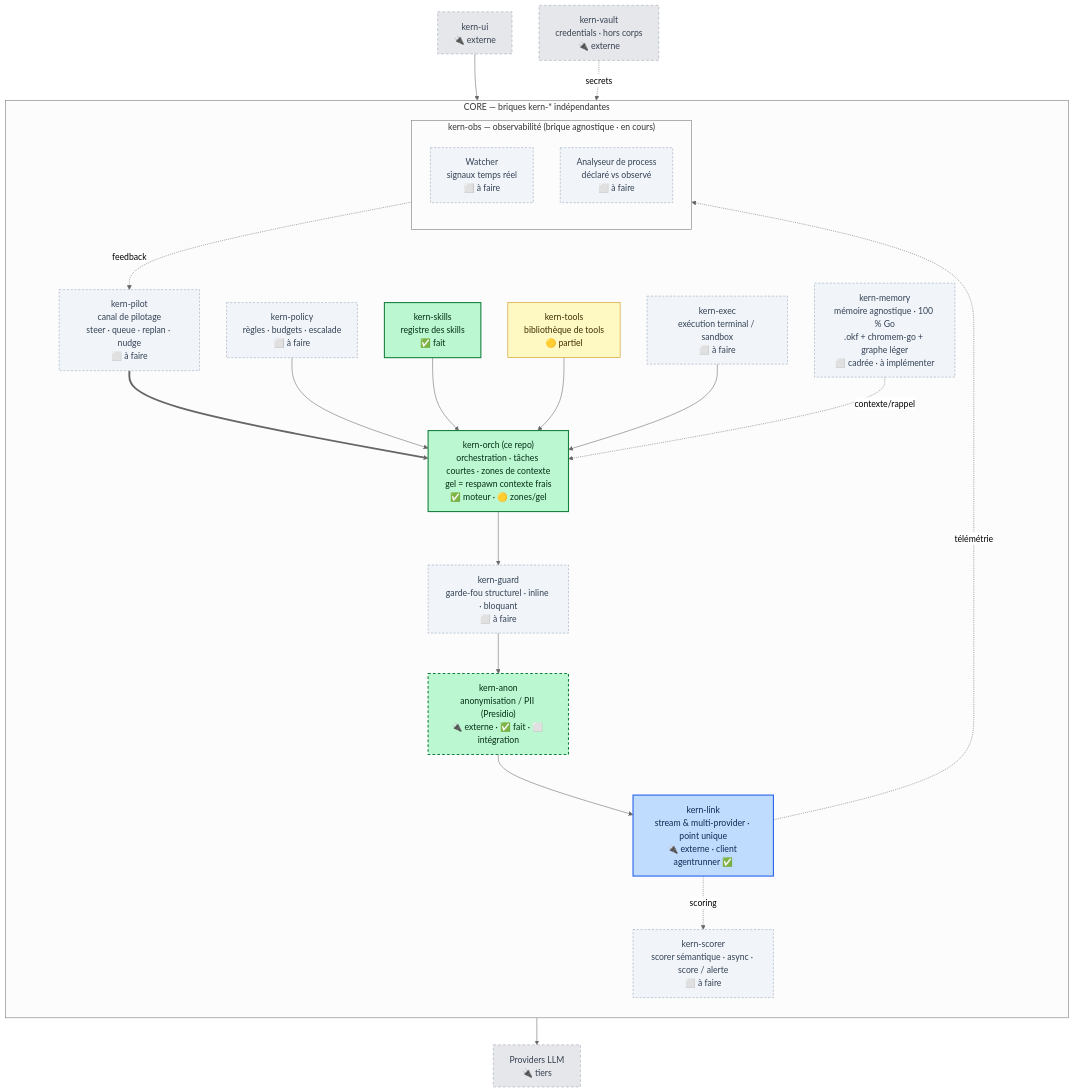
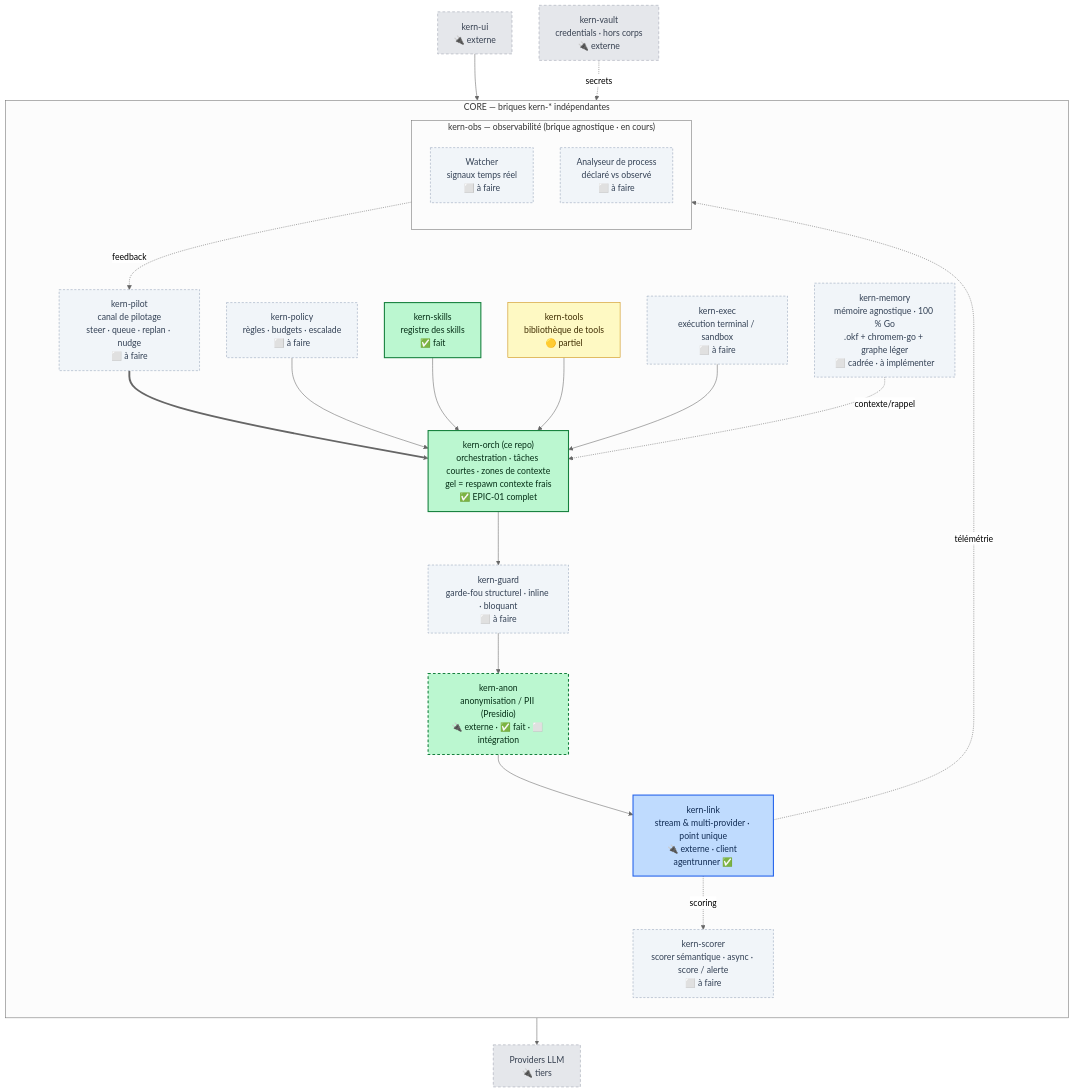
Before and after one commit to kern-ia/Kern-Orch: the diagram in ROADMAP.md, drawn with Mermaid (neutral theme). The commit also changed other lines of this file and 9 other files, not shown here.

First line of the commit message:
feat(graph): context zones + freeze (respawn fresh context) — closes EPIC-01

````diff
--- a/ROADMAP.md
+++ b/ROADMAP.md
@@ -48,49 +48,49 @@
 ```mermaid
 flowchart TB
   UI["kern-ui<br/>🔌 externe"]:::ext
 
   subgraph CORE["CORE — briques kern-* indépendantes"]
     direction TB
     PILOT["kern-pilot<br/>canal de pilotage<br/>steer · queue · replan · nudge<br/>⬜ à faire"]:::todo
-    ORCH["kern-orch (ce repo)<br/>orchestration · tâches courtes · zones de contexte<br/>gel = respawn contexte frais<br/>✅ moteur · 🟡 zones/gel"]:::done
+    ORCH["kern-orch (ce repo)<br/>orchestration · tâches courtes · zones de contexte<br/>gel = respawn contexte frais<br/>✅ EPIC-01 complet"]:::done
     SKILLS["kern-skills<br/>registre des skills<br/>✅ fait"]:::done
     TOOLS["kern-tools<br/>bibliothèque de tools<br/>🟡 partiel"]:::partial
     MEM["kern-memory<br/>mémoire agnostique · 100 % Go<br/>.okf + chromem-go + graphe léger<br/>⬜ cadrée · à implémenter"]:::todo
     EXEC["kern-exec<br/>exécution terminal / sandbox<br/>⬜ à faire"]:::todo
     POL["kern-policy<br/>règles · budgets · escalade<br/>⬜ à faire"]:::todo
     GUARD["kern-guard<br/>garde-fou structurel · inline · bloquant<br/>⬜ à faire"]:::todo
     PII["kern-anon<br/>anonymisation / PII (Presidio)<br/>🔌 externe · ✅ fait · ⬜ intégration"]:::extdone
     LINK["kern-link<br/>stream &amp; multi-provider · point unique<br/>🔌 externe · client agentrunner ✅"]:::link
     SCORER["kern-scorer<br/>scorer sémantique · async · score / alerte<br/>⬜ à faire"]:::todo
 
     subgraph OBS["kern-obs — observabilité (brique agnostique · en cours)"]
       direction TB
       WATCH["Watcher<br/>signaux temps réel<br/>⬜ à faire"]:::todo
       ANA["Analyseur de process<br/>déclaré vs observé<br/>⬜ à faire"]:::todo
     end
   end
 
   VAULT["kern-vault<br/>credentials · hors corps<br/>🔌 externe"]:::ext
   PROV["Providers LLM<br/>🔌 tiers"]:::ext
 
   UI --> PILOT
   PILOT ==> ORCH
   POL --> ORCH
   SKILLS --> ORCH
   TOOLS --> ORCH
   EXEC --> ORCH
   MEM -. contexte/rappel .-> ORCH
   ORCH --> GUARD --> PII --> LINK --> PROV
   OBS -. feedback .-> PILOT
   LINK -. télémétrie .-> OBS
   LINK -. scoring .-> SCORER
   VAULT -. secrets .-> LINK
 
   classDef done fill:#bbf7d0,stroke:#15803d,color:#052e16,stroke-width:2px;
   classDef partial fill:#fef9c3,stroke:#ca8a04,color:#3f2d02;
   classDef todo fill:#f1f5f9,stroke:#94a3b8,color:#334155,stroke-dasharray:4 3;
   classDef link fill:#bfdbfe,stroke:#2563eb,color:#0f2a52,stroke-width:2px;
   classDef brainstorm fill:#f3e8ff,stroke:#7c3aed,color:#3b1668,stroke-dasharray:2 2;
   classDef extdone fill:#bbf7d0,stroke:#15803d,color:#052e16,stroke-width:2px,stroke-dasharray:5 4;
   classDef ext fill:#e5e7eb,stroke:#9ca3af,color:#374151,stroke-dasharray:5 4;
 ```
````
